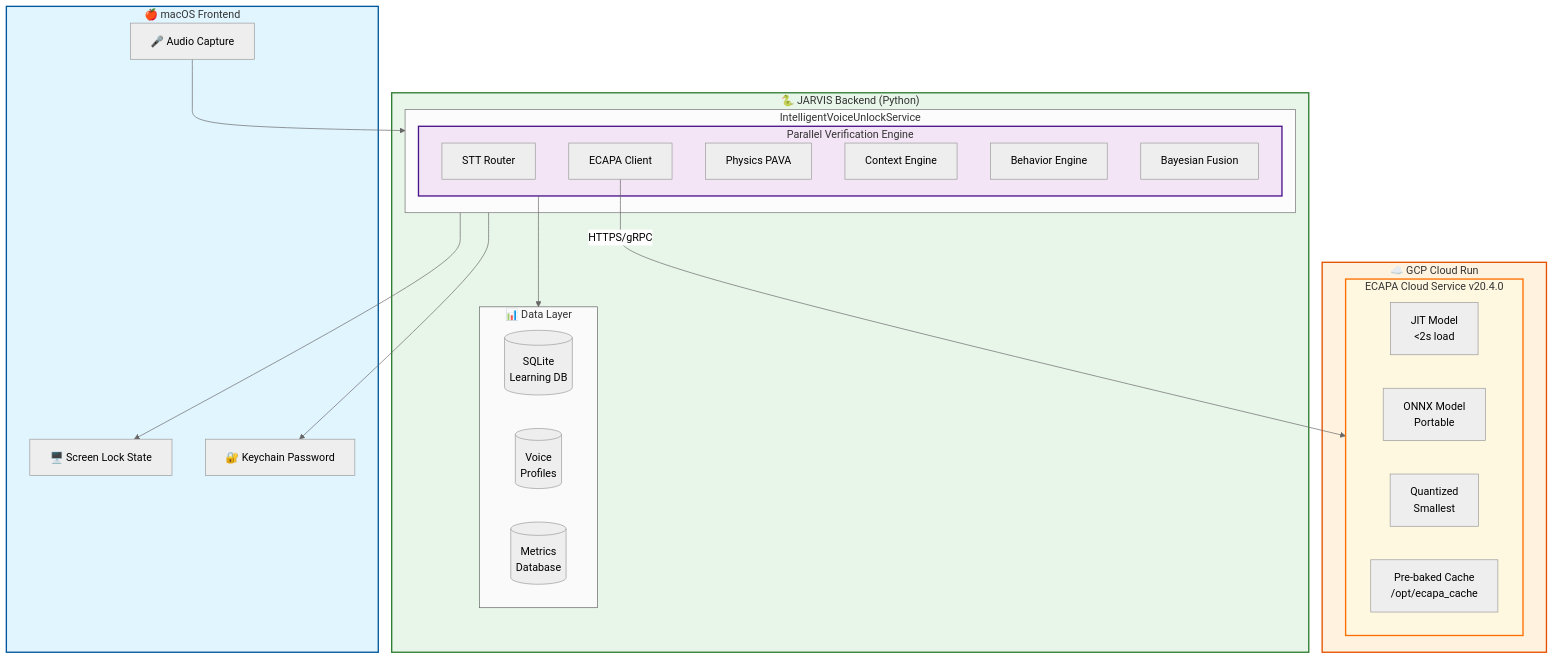
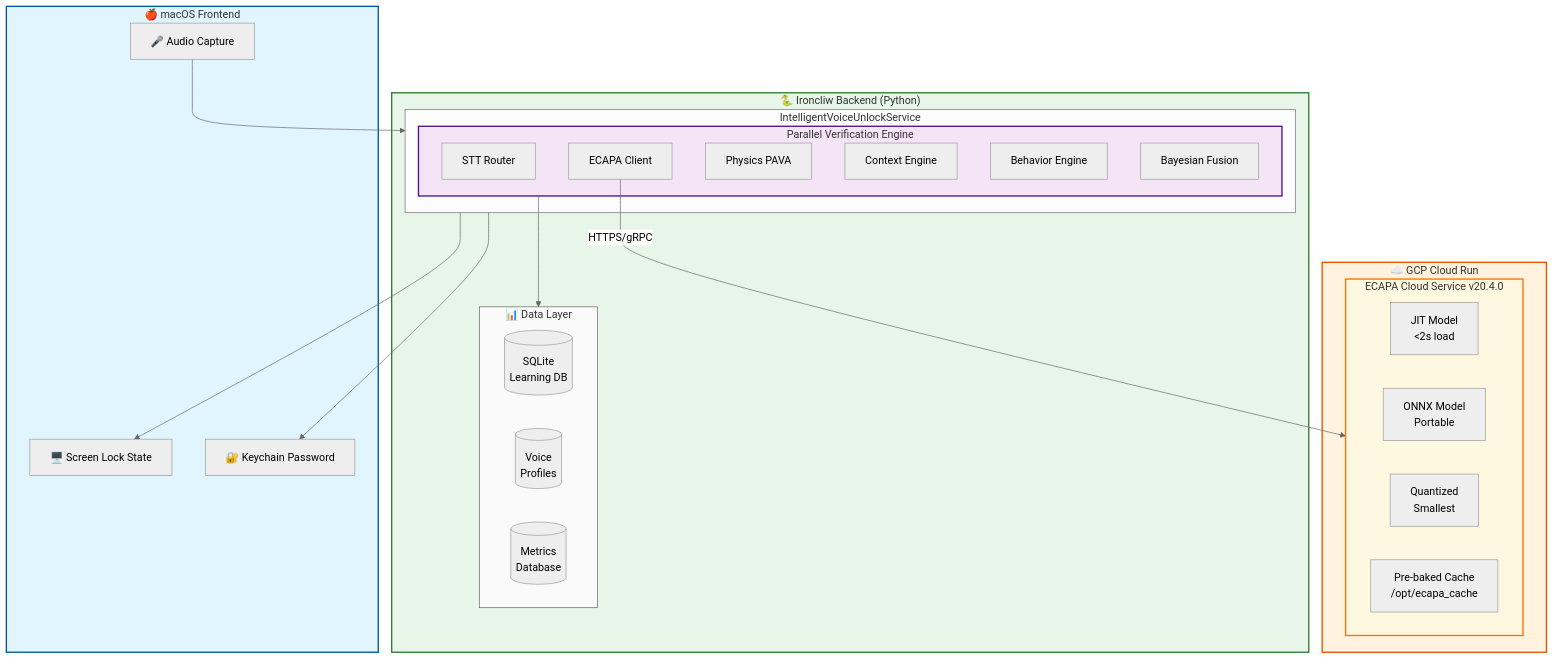
The second of 5 diagrams in docs/voice_unlock/NEURAL_PARALLEL_ARCHITECTURE.md (nandkishorrathodk-art/Ironcliw-ai), drawn with Mermaid (neutral theme) before and after one commit. The commit also changed other lines of this file and 2439 other files, not shown here.

````diff
--- a/docs/voice_unlock/NEURAL_PARALLEL_ARCHITECTURE.md
+++ b/docs/voice_unlock/NEURAL_PARALLEL_ARCHITECTURE.md
@@ -173,49 +173,49 @@
 ```mermaid
 flowchart TB
     subgraph macos["🍎 macOS Frontend"]
         audio["🎤 Audio Capture"]
         screen["🖥️ Screen Lock State"]
         keychain["🔐 Keychain Password"]
     end
 
-    subgraph backend["🐍 JARVIS Backend (Python)"]
+    subgraph backend["🐍 Ironcliw Backend (Python)"]
         subgraph unlock_service["IntelligentVoiceUnlockService"]
             subgraph parallel_engine["Parallel Verification Engine"]
                 stt["STT Router"]
                 ecapa_client["ECAPA Client"]
                 pava["Physics PAVA"]
                 ctx["Context Engine"]
                 behavior["Behavior Engine"]
                 bayesian["Bayesian Fusion"]
             end
         end
 
         subgraph data_layer["📊 Data Layer"]
             sqlite[("SQLite<br/>Learning DB")]
             voice_cache[("Voice<br/>Profiles")]
             metrics[("Metrics<br/>Database")]
         end
     end
 
     subgraph gcp["☁️ GCP Cloud Run"]
         subgraph ecapa_cloud["ECAPA Cloud Service v20.4.0"]
             jit["JIT Model<br/>&lt;2s load"]
             onnx["ONNX Model<br/>Portable"]
             quantized["Quantized<br/>Smallest"]
             cache_dir["Pre-baked Cache<br/>/opt/ecapa_cache"]
         end
     end
 
     audio --> unlock_service
     unlock_service --> screen
     unlock_service --> keychain
     parallel_engine --> data_layer
     ecapa_client -->|"HTTPS/gRPC"| ecapa_cloud
 
     style macos fill:#e1f5ff,stroke:#01579b,stroke-width:2px
     style backend fill:#e8f5e9,stroke:#2e7d32,stroke-width:2px
     style gcp fill:#fff3e0,stroke:#e65100,stroke-width:2px
     style parallel_engine fill:#f3e5f5,stroke:#4a148c,stroke-width:2px
     style data_layer fill:#fafafa,stroke:#616161,stroke-width:1px
     style ecapa_cloud fill:#fff8e1,stroke:#ff6f00,stroke-width:2px
 ```
````
